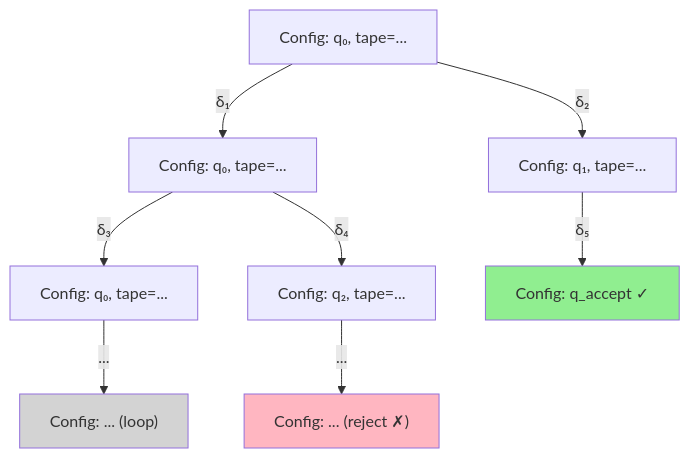
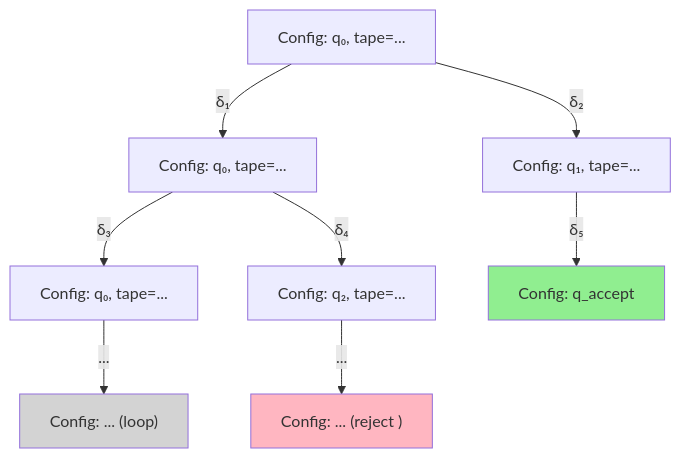
The first of 10 diagrams in Master 1/S2/Complexity and Advanced Algorithms old/old/Course/Chapter 1. Calculability/12 Non-Deterministic Turing Machines.md (Vtheonly/Obsidian_Notes), drawn with Mermaid before and after one commit. The commit also changed other lines of this file and 148 other files, not shown here.

````diff
--- a/Master 1/S2/Complexity and Advanced Algorithms old/old/Course/Chapter 1. Calculability/12 Non-Deterministic Turing Machines.md
+++ b/Master 1/S2/Complexity and Advanced Algorithms old/old/Course/Chapter 1. Calculability/12 Non-Deterministic Turing Machines.md
@@ -95,23 +95,23 @@
 ```mermaid
 graph TD
     C0["Config: q₀, tape=..."]
     C1a["Config: q₀, tape=..."]
     C1b["Config: q₁, tape=..."]
     C2a["Config: q₀, tape=..."]
     C2b["Config: q₂, tape=..."]
-    C2c["Config: q_accept ✓"]
+    C2c["Config: q_accept "]
     C3a["Config: ... (loop)"]
-    C3b["Config: ... (reject ✗)"]
+    C3b["Config: ... (reject )"]
 
     C0 -->|"δ₁"| C1a
     C0 -->|"δ₂"| C1b
     C1a -->|"δ₃"| C2a
     C1a -->|"δ₄"| C2b
     C1b -->|"δ₅"| C2c
     C2a -->|"..."| C3a
     C2b -->|"..."| C3b
 
     style C2c fill:#90EE90
     style C3b fill:#FFB6C1
     style C3a fill:#D3D3D3
 ```
````
